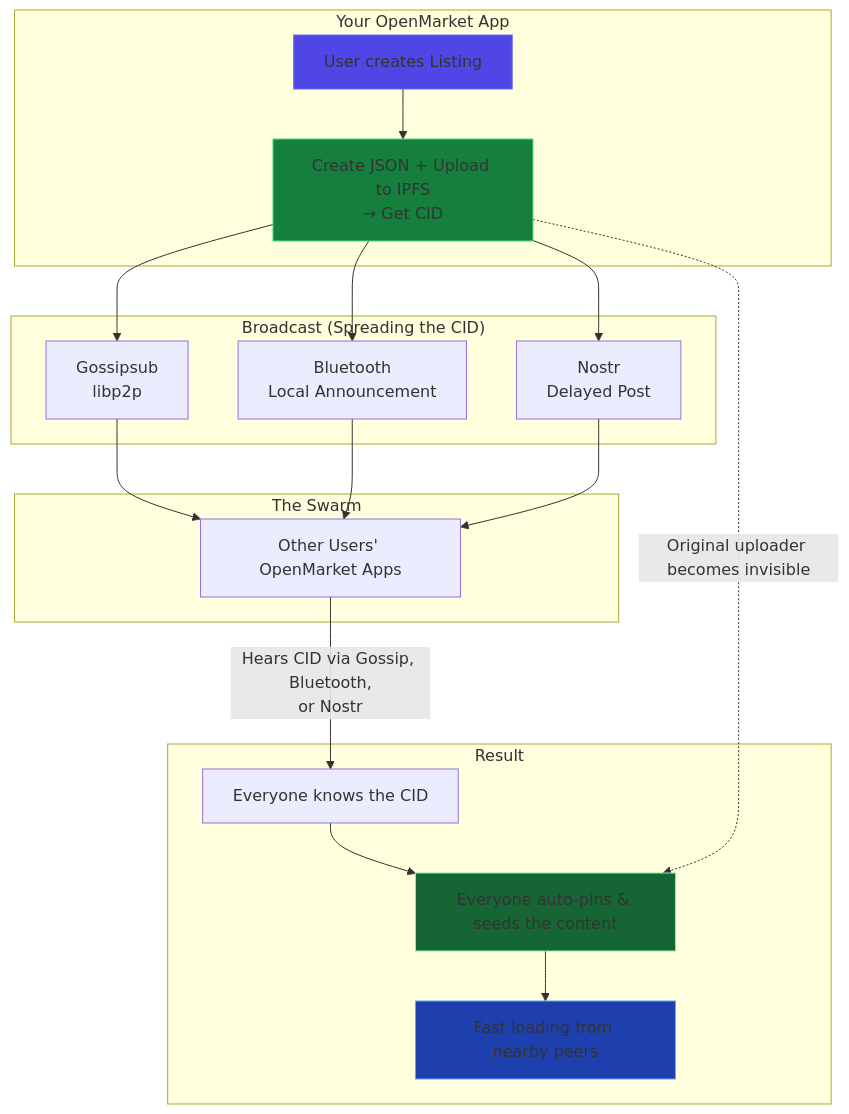
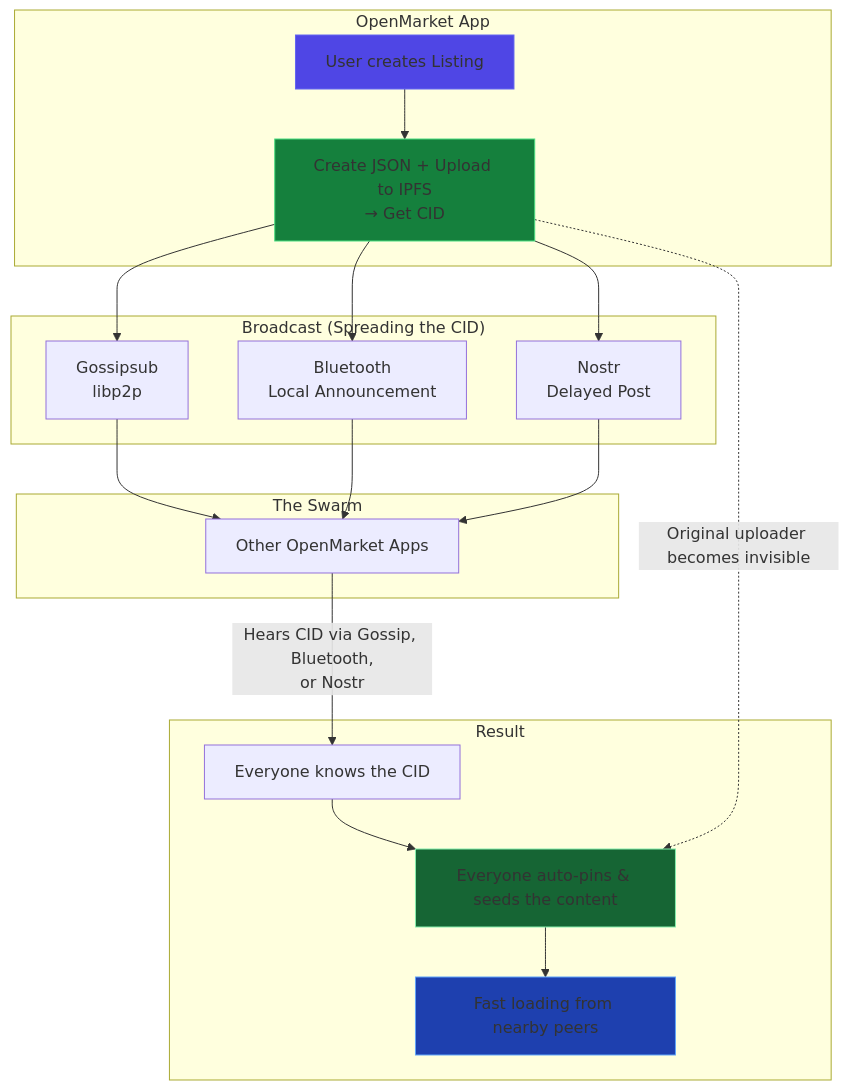
The diagram in README.md (lukeprofits/OpenMarket), drawn with Mermaid before and after one commit.

````diff
--- a/README.md
+++ b/README.md
@@ -14,43 +14,43 @@
 ```mermaid
 flowchart TD
-    subgraph "Your OpenMarket App"
+    subgraph "OpenMarket App"
         A[User creates Listing] 
         B[Create JSON + Upload to IPFS<br/>→ Get CID]
     end
 
     subgraph "Broadcast (Spreading the CID)"
         C[Gossipsub<br/>libp2p]
         D[Bluetooth<br/>Local Announcement]
         E[Nostr<br/>Delayed Post]
     end
 
     subgraph "The Swarm"
-        F[Other Users' OpenMarket Apps]
+        F[Other OpenMarket Apps]
     end
 
     subgraph "Result"
         G[Everyone knows the CID]
         H[Everyone auto-pins & seeds the content]
         I[Fast loading from nearby peers]
     end
 
     A --> B
     B --> C
     B --> D
     B --> E
 
     C --> F
     D --> F
     E --> F
 
     F -->|"Hears CID via Gossip, Bluetooth,<br/>or Nostr"| G
     G --> H
     H --> I
 
     B -.->|"Original uploader becomes invisible"| H
 
     style A fill:#4f46e5,stroke:#6366f1
     style B fill:#15803d,stroke:#4ade80
     style H fill:#166534,stroke:#86efac
     style I fill:#1e40af,stroke:#60a5fa
 ```
````
